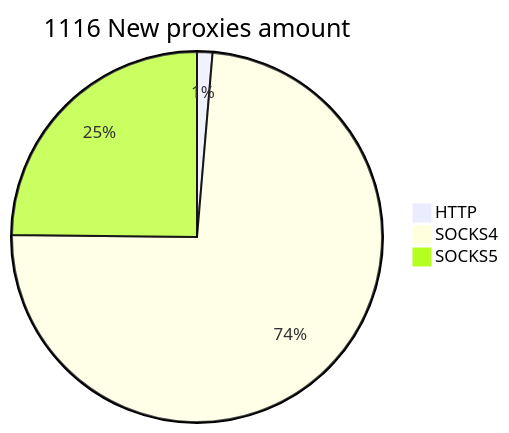
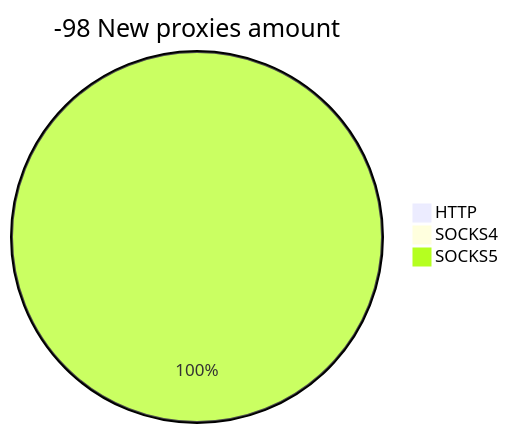
Before and after one commit to cutipu/proxylist: the second of 2 diagrams in README.md, drawn with Mermaid. The commit also changed other lines of this file, not shown here.

````diff
--- a/README.md
+++ b/README.md
@@ -10,6 +10,6 @@
 ```mermaid
-pie title 1116 New proxies amount
-    "HTTP" : 15
-    "SOCKS4" : 824
-    "SOCKS5" : 277
+pie title -98 New proxies amount
+    "HTTP" : 0
+    "SOCKS4" : 0
+    "SOCKS5" : 31
 ```
````
